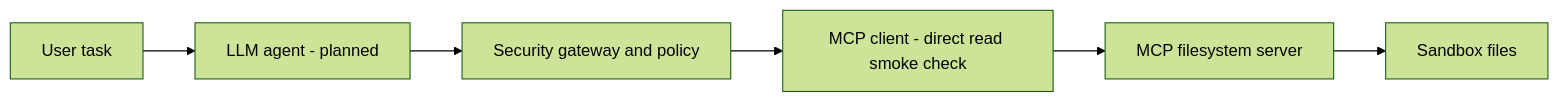
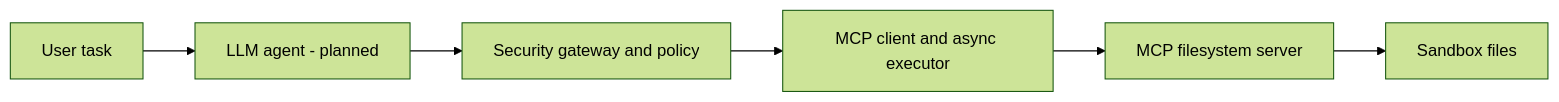
The diagram in README.md (ManuRslf/MCP-SEC), drawn with Mermaid (forest theme) before and after one commit. The commit also changed other lines of this file and 5 other files, not shown here.

Commit message:
Test async gateway and MCP integration

````diff
--- a/README.md
+++ b/README.md
@@ -29,8 +31,8 @@
 ```mermaid
 flowchart LR
     User[User task] --> Agent[LLM agent - planned]
     Agent --> Gateway[Security gateway and policy]
-    Gateway --> Client[MCP client - direct read smoke check]
+    Gateway --> Client[MCP client and async executor]
     Client --> Server[MCP filesystem server]
     Server --> Sandbox[Sandbox files]
 ```
````
